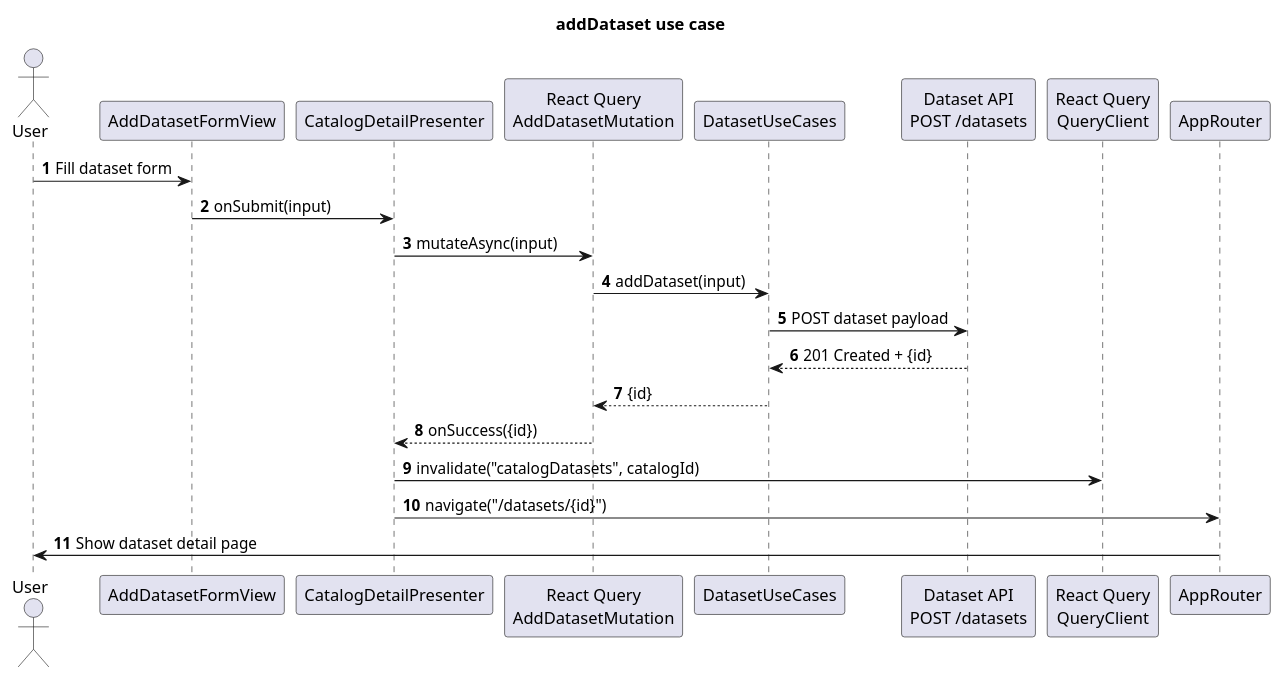
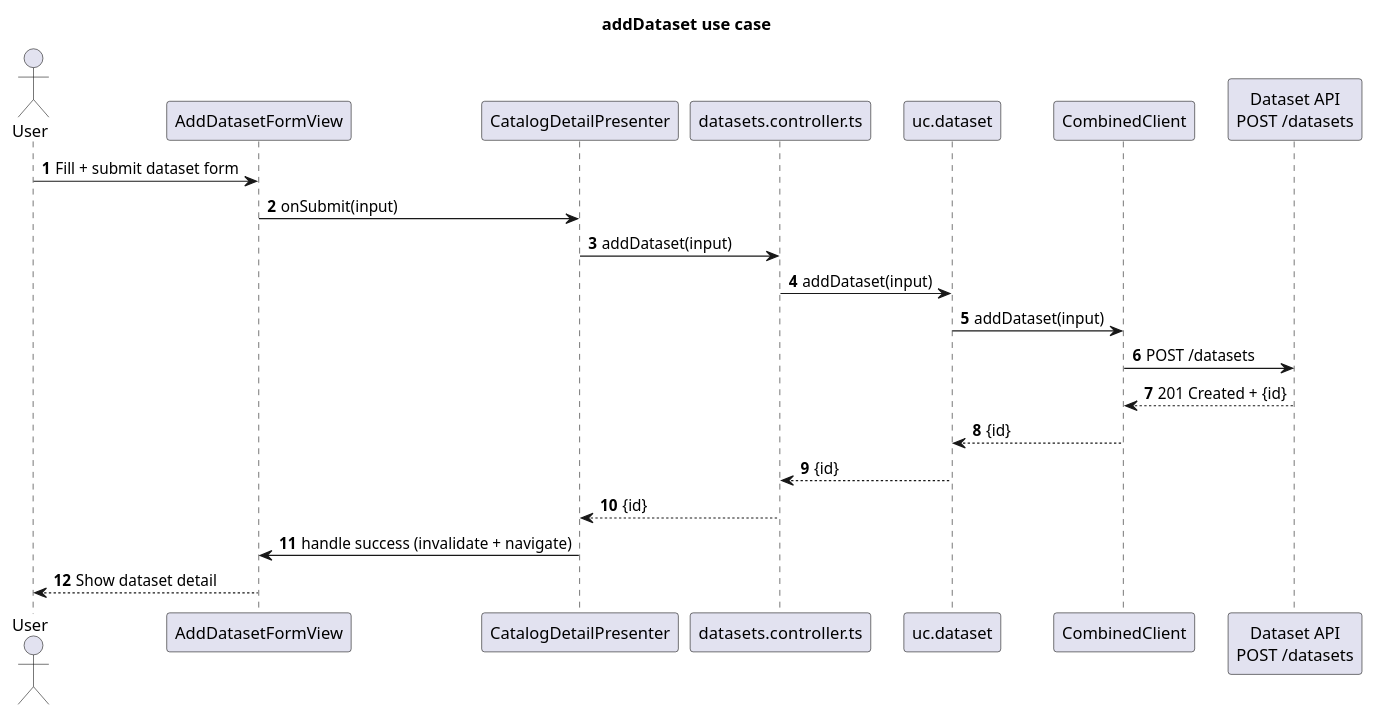
The diagram in diagrams/sequence/addDataset.puml (POP2025-EEPW/doorce-frontend), drawn with PlantUML before and after one commit. The commit also changed 7 other files, not shown here.

Commit message:
Fix on diagrams

```diff
--- a/diagrams/sequence/addDataset.puml
+++ b/diagrams/sequence/addDataset.puml
@@ -1,27 +1,27 @@
 @startuml
 title addDataset use case
 autonumber
 
 actor User
 
-participant "AddDatasetFormView" as DatasetForm
-participant "CatalogDetailPresenter" as CatalogPresenter
-participant "React Query\nAddDatasetMutation" as AddDatasetMutation
-participant "DatasetUseCases" as DatasetUC
-participant "Dataset API\nPOST /datasets" as DatasetApi
-participant "React Query\nQueryClient" as QueryClient
-participant "AppRouter" as Router
+participant "AddDatasetFormView" as View
+participant "CatalogDetailPresenter" as Presenter
+participant "datasets.controller.ts" as Controller
+participant "uc.dataset" as UseCase
+participant "CombinedClient" as Client
+participant "Dataset API\nPOST /datasets" as Http
 
-User -> DatasetForm : Fill dataset form
-DatasetForm -> CatalogPresenter : onSubmit(input)
-CatalogPresenter -> AddDatasetMutation : mutateAsync(input)
-AddDatasetMutation -> DatasetUC : addDataset(input)
-DatasetUC -> DatasetApi : POST dataset payload
-DatasetApi --> DatasetUC : 201 Created + {id}
-DatasetUC --> AddDatasetMutation : {id}
-AddDatasetMutation --> CatalogPresenter : onSuccess({id})
-CatalogPresenter -> QueryClient : invalidate("catalogDatasets", catalogId)
-CatalogPresenter -> Router : navigate("/datasets/{id}")
-Router -> User : Show dataset detail page
+User -> View : Fill + submit dataset form
+View -> Presenter : onSubmit(input)
+Presenter -> Controller : addDataset(input)
+Controller -> UseCase : addDataset(input)
+UseCase -> Client : addDataset(input)
+Client -> Http : POST /datasets
+Http --> Client : 201 Created + {id}
+Client --> UseCase : {id}
+UseCase --> Controller : {id}
+Controller --> Presenter : {id}
+Presenter -> View : handle success (invalidate + navigate)
+View --> User : Show dataset detail
 
 @enduml
```
